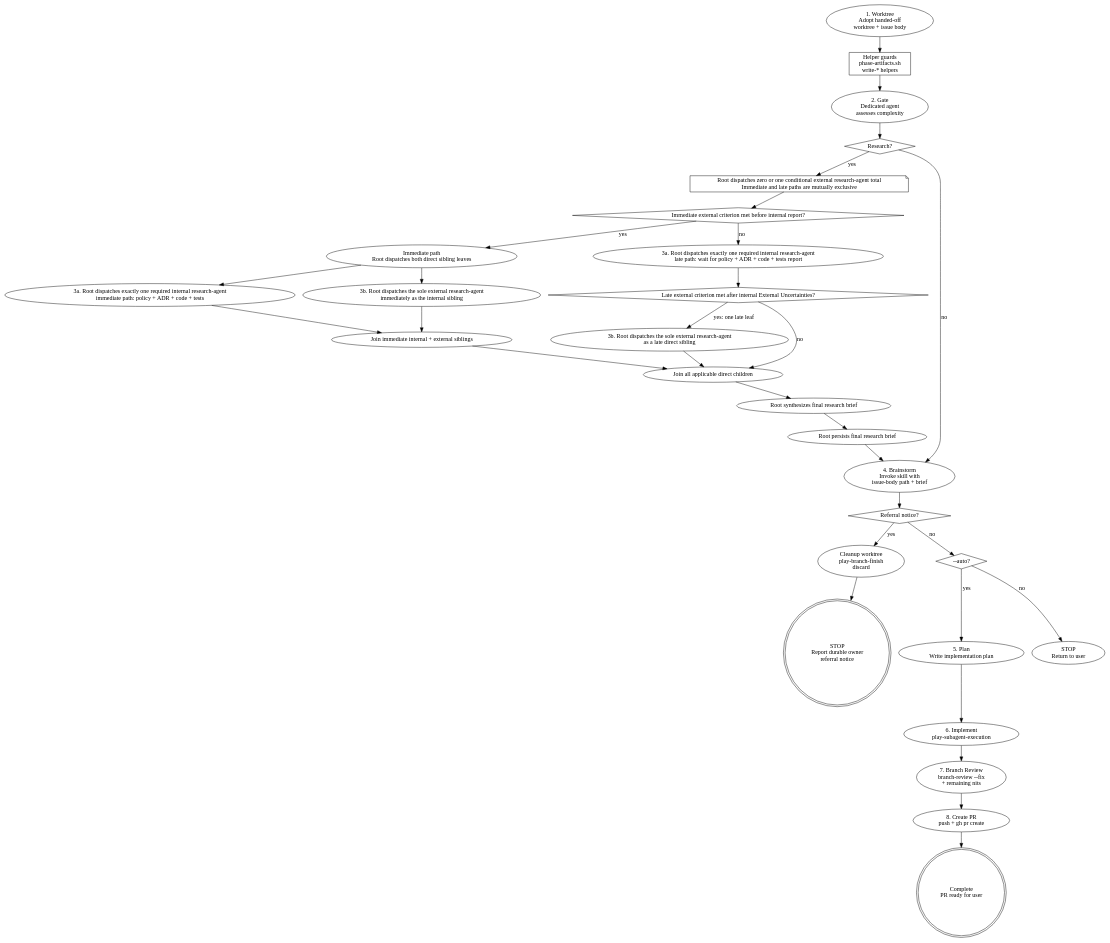
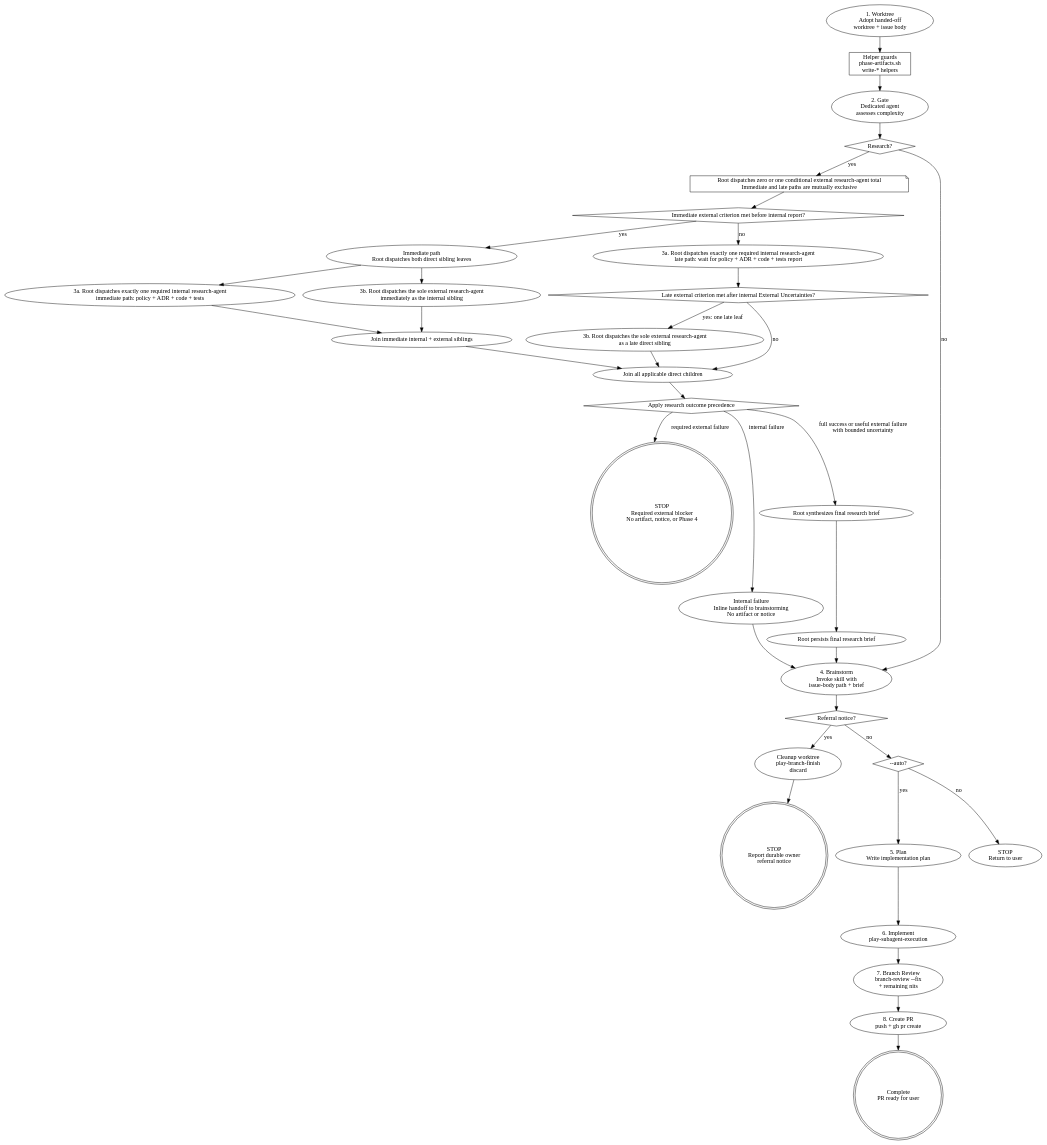
The diagram in skills/issue-priming-workflow/references/workflow-diagram.md (ryumiel/devcanon), drawn with Graphviz before and after one commit. The commit also changed 4 other files, not shown here.

Commit message:
fix(issue-priming): align research outcome routing

````diff
--- a/skills/issue-priming-workflow/references/workflow-diagram.md
+++ b/skills/issue-priming-workflow/references/workflow-diagram.md
@@ -6,57 +6,65 @@
 ```dot
 digraph priming {
   rankdir=TB;
   worktree [label="1. Worktree\nAdopt handed-off\nworktree + issue body"];
   helpers [label="Helper guards\nphase-artifacts.sh\nwrite-* helpers", shape=box];
   gate [label="2. Gate\nDedicated agent\nassesses complexity"];
   decide [label="Research?", shape=diamond];
   external_policy [label="Root dispatches zero or one conditional external research-agent total\nImmediate and late paths are mutually exclusive", shape=note];
   immediate_external_decide [label="Immediate external criterion met before internal report?", shape=diamond];
   immediate_fork [label="Immediate path\nRoot dispatches both direct sibling leaves"];
   immediate_internal_research [label="3a. Root dispatches exactly one required internal research-agent\nimmediate path: policy + ADR + code + tests"];
   immediate_external_research [label="3b. Root dispatches the sole external research-agent\nimmediately as the internal sibling"];
   immediate_join [label="Join immediate internal + external siblings"];
   late_internal_research [label="3a. Root dispatches exactly one required internal research-agent\nlate path: wait for policy + ADR + code + tests report"];
   late_external_decide [label="Late external criterion met after internal External Uncertainties?", shape=diamond];
   late_external_research [label="3b. Root dispatches the sole external research-agent\nas a late direct sibling"];
   research_join [label="Join all applicable direct children"];
+  research_outcome [label="Apply research outcome precedence", shape=diamond];
+  research_required_stop [label="STOP\nRequired external blocker\nNo artifact, notice, or Phase 4", shape=doublecircle];
+  research_internal_inline [label="Internal failure\nInline handoff to brainstorming\nNo artifact or notice"];
   research_synthesize [label="Root synthesizes final research brief"];
   research_persist [label="Root persists final research brief"];
   brainstorm [label="4. Brainstorm\nInvoke skill with\nissue-body path + brief"];
   referral_check [label="Referral notice?", shape=diamond];
   cleanup [label="Cleanup worktree\nplay-branch-finish\ndiscard"];
   referral [label="STOP\nReport durable owner\nreferral notice", shape=doublecircle];
   auto_check [label="--auto?", shape=diamond];
   plan [label="5. Plan\nWrite implementation plan"];
   implement [label="6. Implement\nplay-subagent-execution"];
   stop_interactive [label="STOP\nReturn to user"];
 
   worktree -> helpers -> gate -> decide;
   decide -> external_policy [label="yes"];
   decide -> brainstorm [label="no"];
   external_policy -> immediate_external_decide;
   immediate_external_decide -> immediate_fork [label="yes"];
   immediate_external_decide -> late_internal_research [label="no"];
   immediate_fork -> immediate_internal_research;
   immediate_fork -> immediate_external_research;
   immediate_internal_research -> immediate_join;
   immediate_external_research -> immediate_join;
   immediate_join -> research_join;
   late_internal_research -> late_external_decide;
   late_external_decide -> late_external_research [label="yes: one late leaf"];
   late_external_decide -> research_join [label="no"];
   late_external_research -> research_join;
-  research_join -> research_synthesize -> research_persist;
+  research_join -> research_outcome;
+  research_outcome -> research_required_stop [label="required external failure"];
+  research_outcome -> research_internal_inline [label="internal failure"];
+  research_outcome -> research_synthesize [label="full success or useful external failure\nwith bounded uncertainty"];
+  research_internal_inline -> brainstorm;
+  research_synthesize -> research_persist;
   research_persist -> brainstorm;
   brainstorm -> referral_check;
   referral_check -> cleanup [label="yes"];
   cleanup -> referral;
   referral_check -> auto_check [label="no"];
   auto_check -> plan [label="yes"];
   auto_check -> stop_interactive [label="no"];
   plan -> implement -> review -> create_pr -> done;
   review [label="7. Branch Review\nbranch-review --fix\n+ remaining nits"];
   create_pr [label="8. Create PR\npush + gh pr create"];
   done [label="Complete\nPR ready for user", shape=doublecircle];
 }
 ```
````
